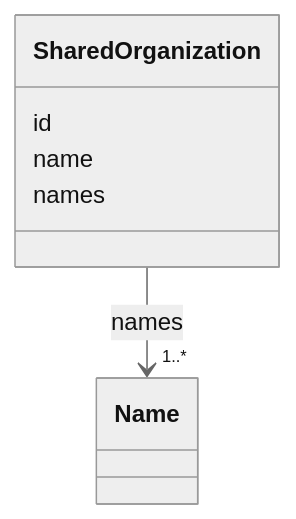
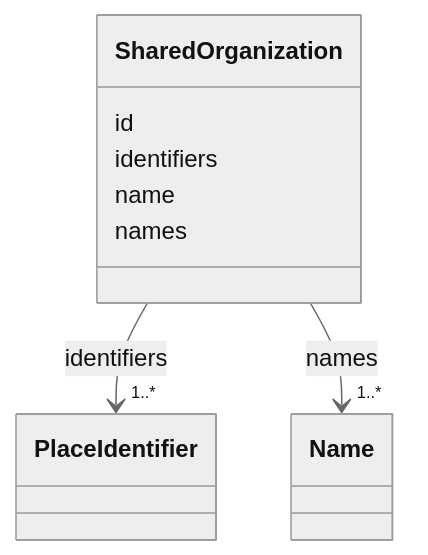
Before and after one commit to dsmedia/pruzhany-schema: the diagram in linkml/generated/docs/shared_record/SharedOrganization.md, drawn with Mermaid (neutral theme). The commit also changed other lines of this file and 78 other files, not shown here.

First line of the commit message:
Identifiers on persons and organisations, with an old_identifier type

````diff
--- a/linkml/generated/docs/shared_record/SharedOrganization.md
+++ b/linkml/generated/docs/shared_record/SharedOrganization.md
@@ -23,21 +23,32 @@
 ```mermaid
  classDiagram
     class SharedOrganization
     click SharedOrganization href "../SharedOrganization/"
       SharedOrganization : id
+        
+      SharedOrganization : identifiers
+        
+          
+    
+        
+        
+        SharedOrganization --> "1..*" PlaceIdentifier : identifiers
+        click PlaceIdentifier href "../PlaceIdentifier/"
+    
+
         
       SharedOrganization : name
         
       SharedOrganization : names
         
           
     
         
         
         SharedOrganization --> "1..*" Name : names
         click Name href "../Name/"
     
 
         
       
 ```
````
